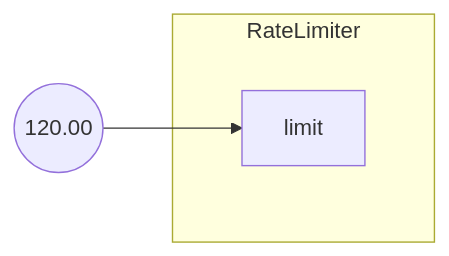
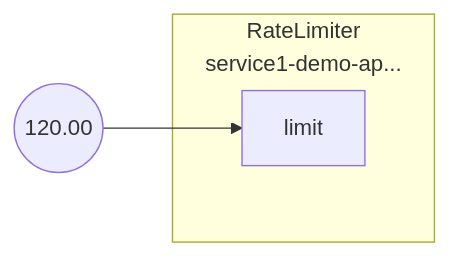
Before and after one commit to fluxninja/aperture: the diagram in docs/content/tutorials/integrations/flow-control/rate-limiting/assets/static-rate-limiting/static-rate-limiting.mmd, drawn with Mermaid. The commit also changed 21 other files, not shown here.

Commit message:
generate mermaid for only top level components (for now)

```diff
--- a/docs/content/tutorials/integrations/flow-control/rate-limiting/assets/static-rate-limiting/static-rate-limiting.mmd
+++ b/docs/content/tutorials/integrations/flow-control/rate-limiting/assets/static-rate-limiting/static-rate-limiting.mmd
@@ -1,9 +1,9 @@
 flowchart LR
-subgraph root.0[RateLimiter]
+subgraph root.0[<center>RateLimiter<br/>service1-demo-ap...</center>]
 subgraph root.0_inports[ ]
 style root.0_inports fill:none,stroke:none
 root.0limit[limit]
 end
 end
 FakeConstant0((120.00))
 FakeConstant0 --> root.0limit
```
